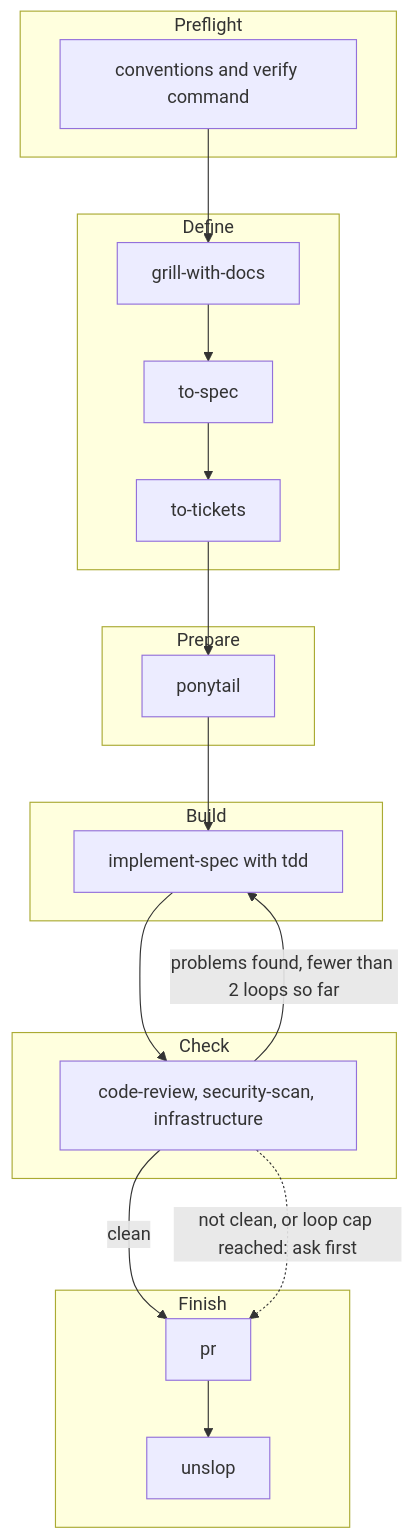
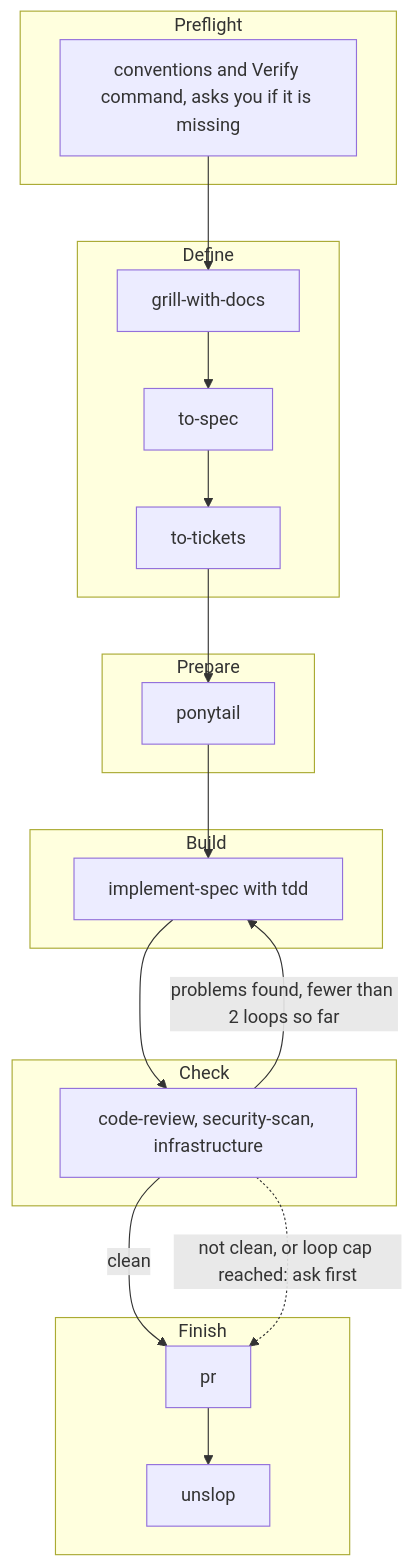
The diagram in README.md (TDSchreur/tds-factory), drawn with Mermaid before and after one commit. The commit also changed other lines of this file and 8 other files, not shown here.

````diff
--- a/README.md
+++ b/README.md
@@ -11,27 +11,27 @@
 ```mermaid
 flowchart TB
     subgraph Preflight
-        P[conventions and verify command]
+        P[conventions and Verify command, asks you if it is missing]
     end
     subgraph Define
         A[grill-with-docs] --> B[to-spec] --> C[to-tickets]
     end
     subgraph Prepare
         D[ponytail]
     end
     subgraph Build
         E[implement-spec with tdd]
     end
     subgraph Check
         F[code-review, security-scan, infrastructure]
     end
     subgraph Finish
         G[pr] --> H[unslop]
     end
 
     P --> A
     C --> D --> E --> F
     F -->|problems found, fewer than 2 loops so far| E
     F -->|clean| G
     F -.->|not clean, or loop cap reached: ask first| G
 ```
````
